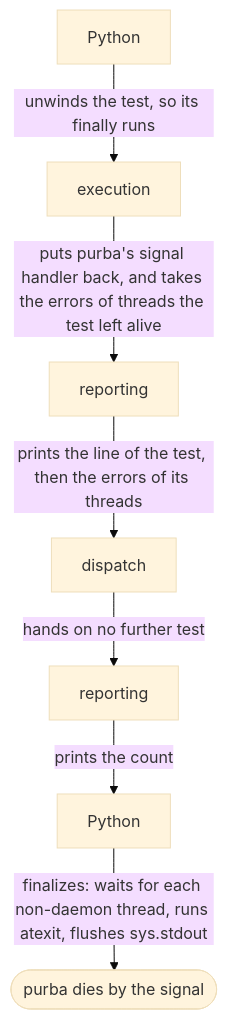
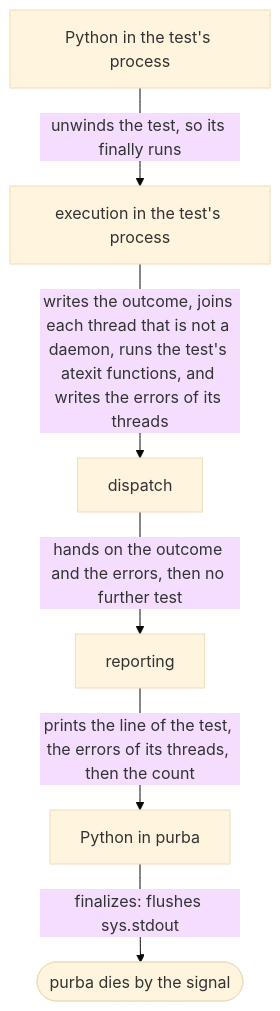
One commit to kalonji-tools/purba changed the diagram in docs/decisions/an-interrupt-puts-back-no-more-than-a-normal-end-does.md. Above: the diagram before and after it, drawn with Mermaid (base theme). The commit also changed other lines of this file and 12 other files, not shown here.

First line of the commit message:
docs(decisions): run each test in a process that a zygote forks (#694)

````diff
--- a/docs/decisions/an-interrupt-puts-back-no-more-than-a-normal-end-does.md
+++ b/docs/decisions/an-interrupt-puts-back-no-more-than-a-normal-end-does.md
@@ -41,9 +41,8 @@
 ```mermaid
 flowchart TD
-  P1[Python] -- unwinds the test, so its finally runs --> E[execution]
-  E -- puts purba's signal handler back, and takes the errors of threads the test left alive --> R1[reporting]
-  R1 -- prints the line of the test, then the errors of its threads --> D[dispatch]
-  D -- hands on no further test --> R2[reporting]
-  R2 -- prints the count --> P2[Python]
-  P2 -- "finalizes: waits for each non-daemon thread, runs atexit, flushes sys.stdout" --> X([purba dies by the signal])
+  P1[Python in the test's process] -- unwinds the test, so its finally runs --> E[execution in the test's process]
+  E -- "writes the outcome, joins each thread that is not a daemon, runs the test's atexit functions, and writes the errors of its threads" --> D[dispatch]
+  D -- hands on the outcome and the errors, then no further test --> R1[reporting]
+  R1 -- "prints the line of the test, the errors of its threads, then the count" --> P2[Python in purba]
+  P2 -- "finalizes: flushes sys.stdout" --> X([purba dies by the signal])
 ```
````
